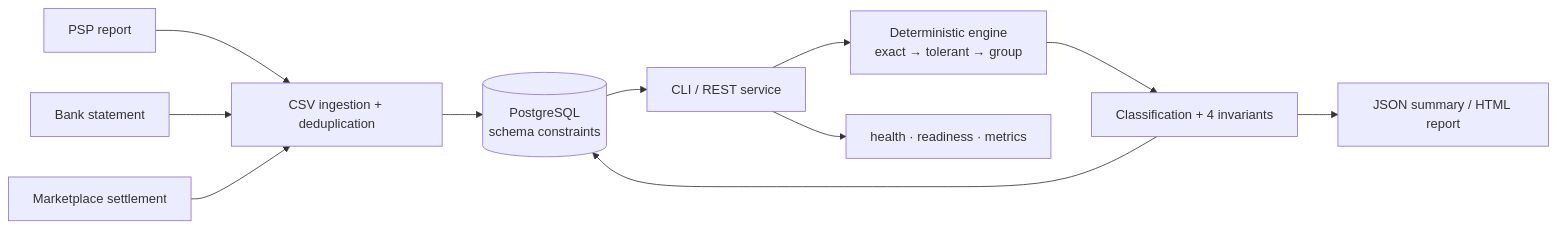
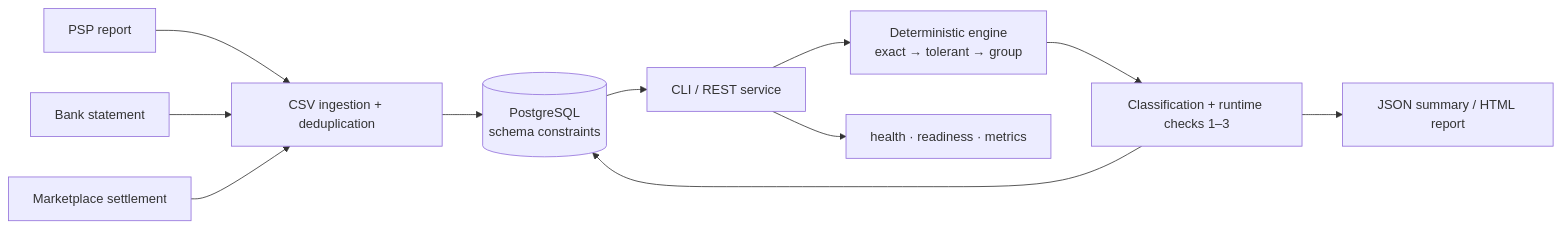
One commit to hilberspace-dev/portfolio changed the diagram in projects/03-reconpilot-payment-reconciliation/README.md. Above: the diagram before and after it, drawn with Mermaid. The commit also changed other lines of this file and 2 other files, not shown here.

````diff
--- a/projects/03-reconpilot-payment-reconciliation/README.md
+++ b/projects/03-reconpilot-payment-reconciliation/README.md
@@ -45,13 +46,13 @@
 ```mermaid
 flowchart LR
     P["PSP report"] --> I["CSV ingestion + deduplication"]
     B["Bank statement"] --> I
     M["Marketplace settlement"] --> I
     I --> DB[("PostgreSQL<br/>schema constraints")]
     DB --> S["CLI / REST service"]
     S --> E["Deterministic engine<br/>exact → tolerant → group"]
-    E --> V["Classification + 4 invariants"]
+    E --> V["Classification + runtime checks 1–3"]
     V --> DB
     V --> O["JSON summary / HTML report"]
     S --> X["health · readiness · metrics"]
 ```
````
